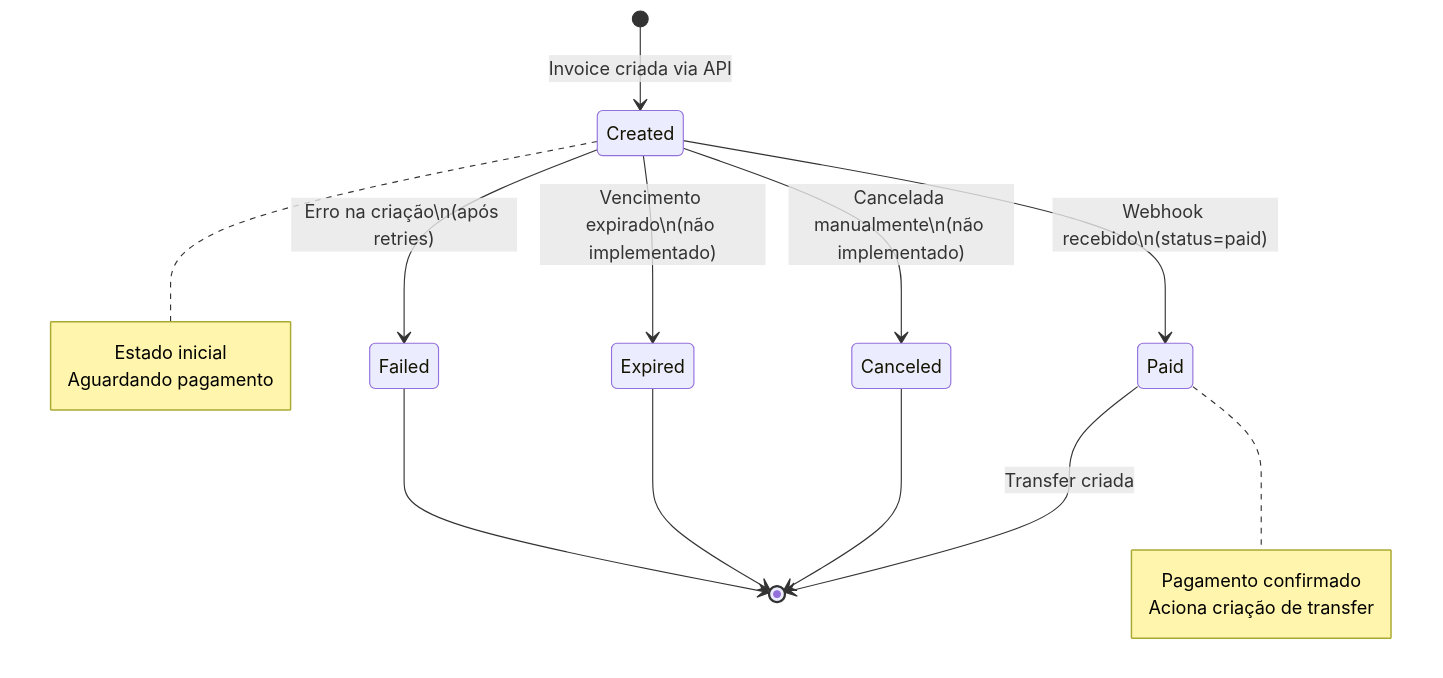
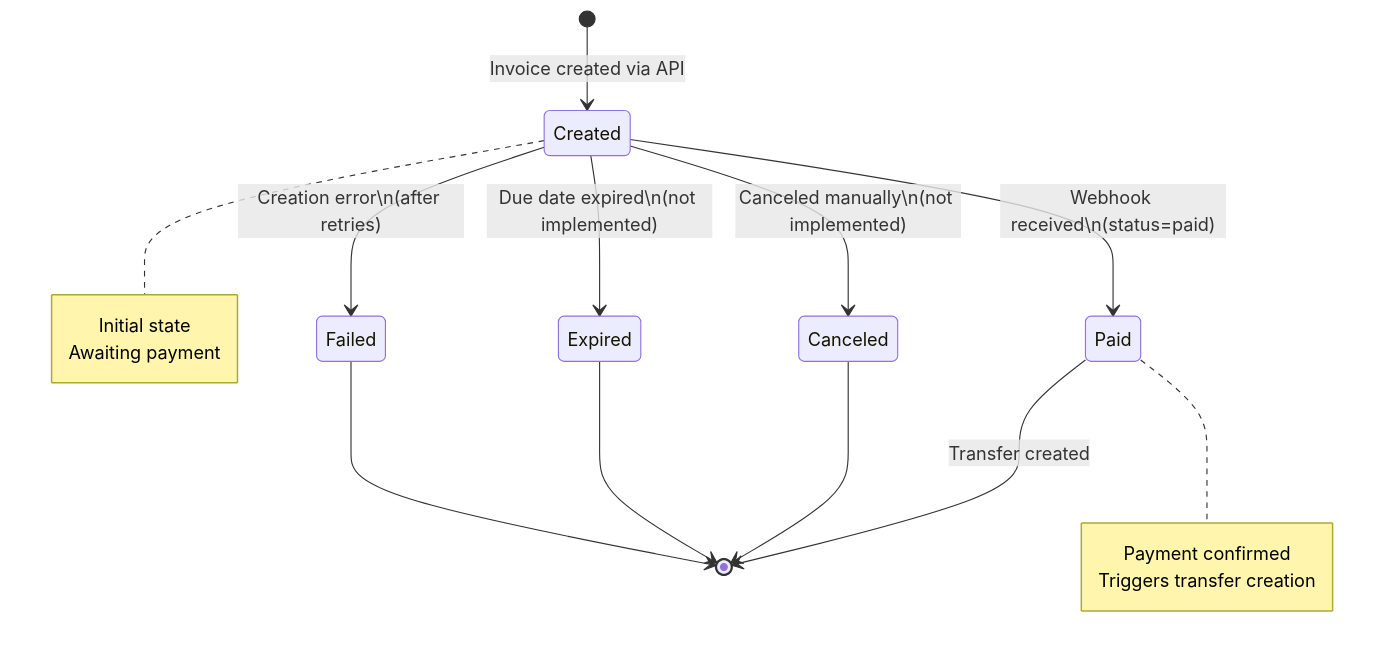
Before and after one commit to rcaran/stark-bank-challenge: the third of 8 diagrams in docs/challenge.md, drawn with Mermaid. The commit also changed other lines of this file and 13 other files, not shown here.

````diff
--- a/docs/challenge.md
+++ b/docs/challenge.md
@@ -478,24 +475,24 @@
 ```mermaid
 stateDiagram-v2
-    [*] --> Created: Invoice criada via API
+    [*] --> Created: Invoice created via API
     
-    Created --> Paid: Webhook recebido\n(status=paid)
-    Created --> Canceled: Cancelada manualmente\n(não implementado)
-    Created --> Expired: Vencimento expirado\n(não implementado)
-    Created --> Failed: Erro na criação\n(após retries)
+    Created --> Paid: Webhook received\n(status=paid)
+    Created --> Canceled: Canceled manually\n(not implemented)
+    Created --> Expired: Due date expired\n(not implemented)
+    Created --> Failed: Creation error\n(after retries)
     
-    Paid --> [*]: Transfer criada
+    Paid --> [*]: Transfer created
     Canceled --> [*]
     Expired --> [*]
     Failed --> [*]
     
     note right of Created
-        Estado inicial
-        Aguardando pagamento
+        Initial state
+        Awaiting payment
     end note
     
     note right of Paid
-        Pagamento confirmado
-        Aciona criação de transfer
+        Payment confirmed
+        Triggers transfer creation
     end note
 ```
````
